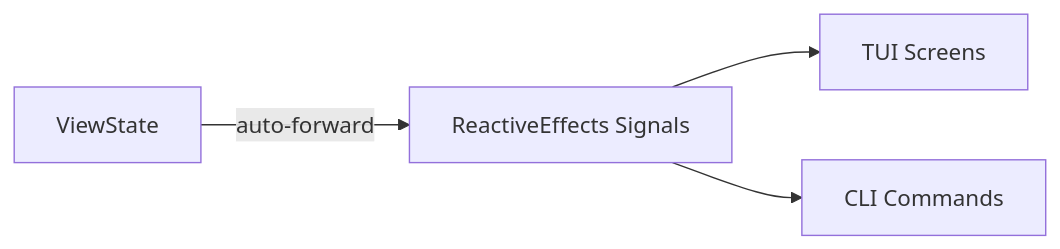
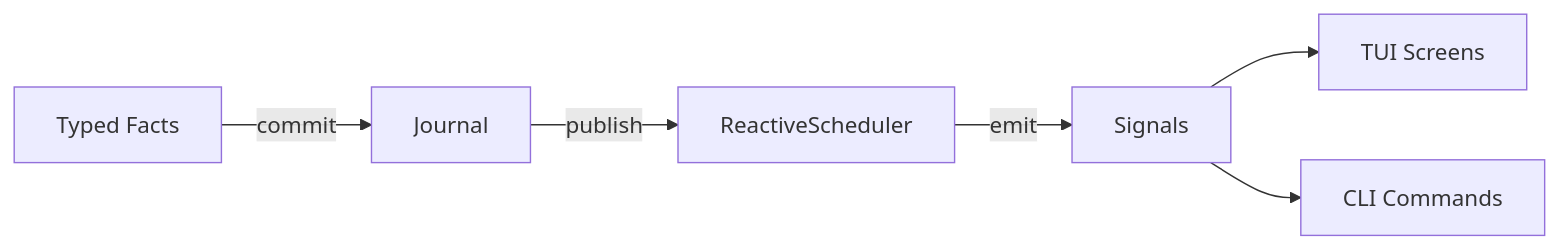
One commit to hxrts/aura changed the second of 3 diagrams in docs/115_cli_tui.md. Above: the diagram before and after it, drawn with Mermaid. The commit also changed other lines of this file and 39 other files, not shown here.

````diff
--- a/docs/115_cli_tui.md
+++ b/docs/115_cli_tui.md
@@ -123,6 +123,8 @@
 ```mermaid
 flowchart LR
-  V[ViewState] -->|auto-forward| S[ReactiveEffects Signals]
-  S --> TUI[TUI Screens]
-  S --> CLI[CLI Commands]
+  F[Typed Facts] -->|commit| J[Journal]
+  J -->|publish| S[ReactiveScheduler]
+  S -->|emit| Sig[Signals]
+  Sig --> TUI[TUI Screens]
+  Sig --> CLI[CLI Commands]
 ```
````
